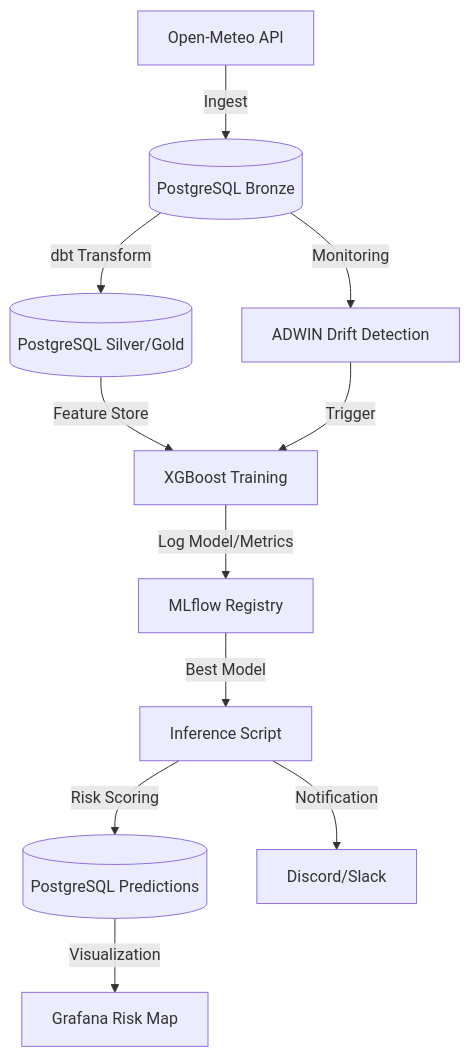
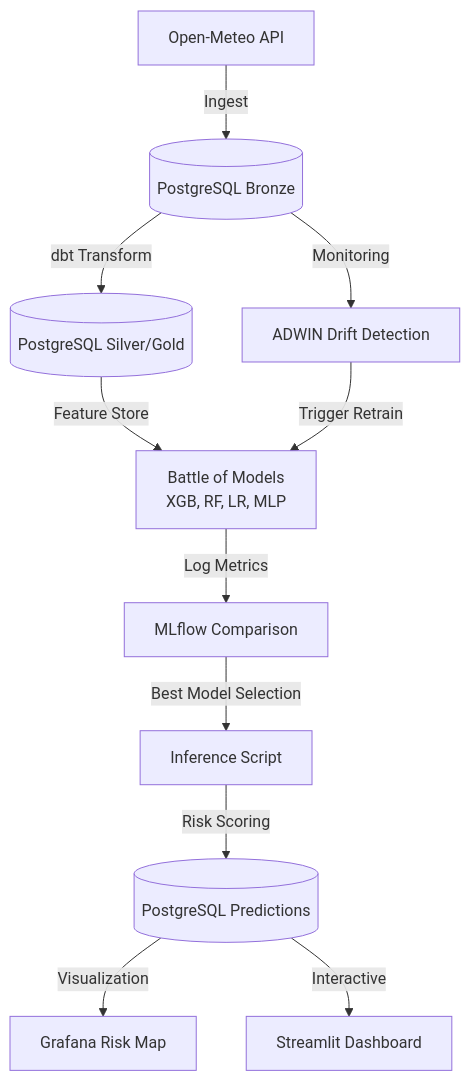
One commit to amsopian22/demo-praktisi-mengajar changed the diagram in README.md. Above: the diagram before and after it, drawn with Mermaid. The commit also changed other lines of this file and 3 other files, not shown here.

Commit message:
Update dashboard to modern 2D UI and multi-model evaluation

````diff
--- a/README.md
+++ b/README.md
@@ -7,13 +7,13 @@
 ```mermaid
 graph TD
     A[Open-Meteo API] -->|Ingest| B[(PostgreSQL Bronze)]
     B -->|dbt Transform| C[(PostgreSQL Silver/Gold)]
-    C -->|Feature Store| D[XGBoost Training]
-    D -->|Log Model/Metrics| E[MLflow Registry]
-    E -->|Best Model| F[Inference Script]
+    C -->|Feature Store| D[Battle of Models<br/>XGB, RF, LR, MLP]
+    D -->|Log Metrics| E[MLflow Comparison]
+    E -->|Best Model Selection| F[Inference Script]
     F -->|Risk Scoring| G[(PostgreSQL Predictions)]
     G -->|Visualization| H[Grafana Risk Map]
-    F -->|Notification| I[Discord/Slack]
+    G -->|Interactive| K[Streamlit Dashboard]
     B -->|Monitoring| J[ADWIN Drift Detection]
-    J -->|Trigger| D
+    J -->|Trigger Retrain| D
 ```
````
